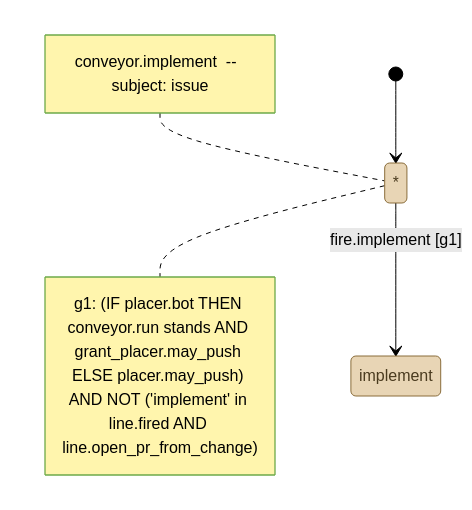
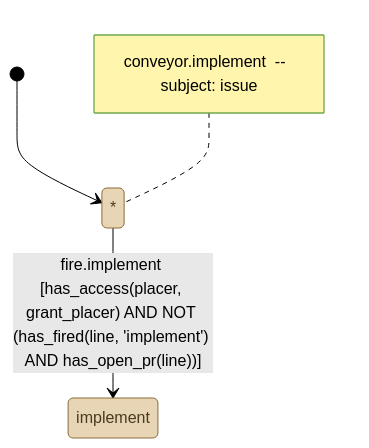
One commit to kostiantyn-matsebora/agent-ops-operator changed the diagram in .github/conveyor-model/mermaid/conveyor_implement.mmd. Above: the diagram before and after it, drawn with Mermaid (forest theme). The commit also changed 9 other files, not shown here.

```diff
--- a/.github/conveyor-model/mermaid/conveyor_implement.mmd
+++ b/.github/conveyor-model/mermaid/conveyor_implement.mmd
@@ -1,18 +1,15 @@
 stateDiagram-v2
     [*] --> any_state
     note left of any_state
         conveyor.implement  --  subject: issue
     end note
     classDef stationState fill:#e8d5b5,stroke:#8a6d3b,color:#4a3b1f
     classDef loopState fill:#c9e4de,stroke:#2f6b5e,color:#1a3b33
     state "*" as any_state
     state none
     state implement
     state fix
     state merge
     state stalled
-    any_state --> implement : fire.implement [g1]
+    any_state --> implement : fire.implement [has_access(placer, grant_placer) AND NOT (has_fired(line, 'implement') AND has_open_pr(line))]
     class none, implement, fix, merge, stalled, any_state stationState
-    note right of any_state
-        g1: (IF placer.bot THEN conveyor.run stands AND grant_placer.may_push ELSE placer.may_push) AND NOT ('implement' in line.fired AND line.open_pr_from_change)
-    end note
```
